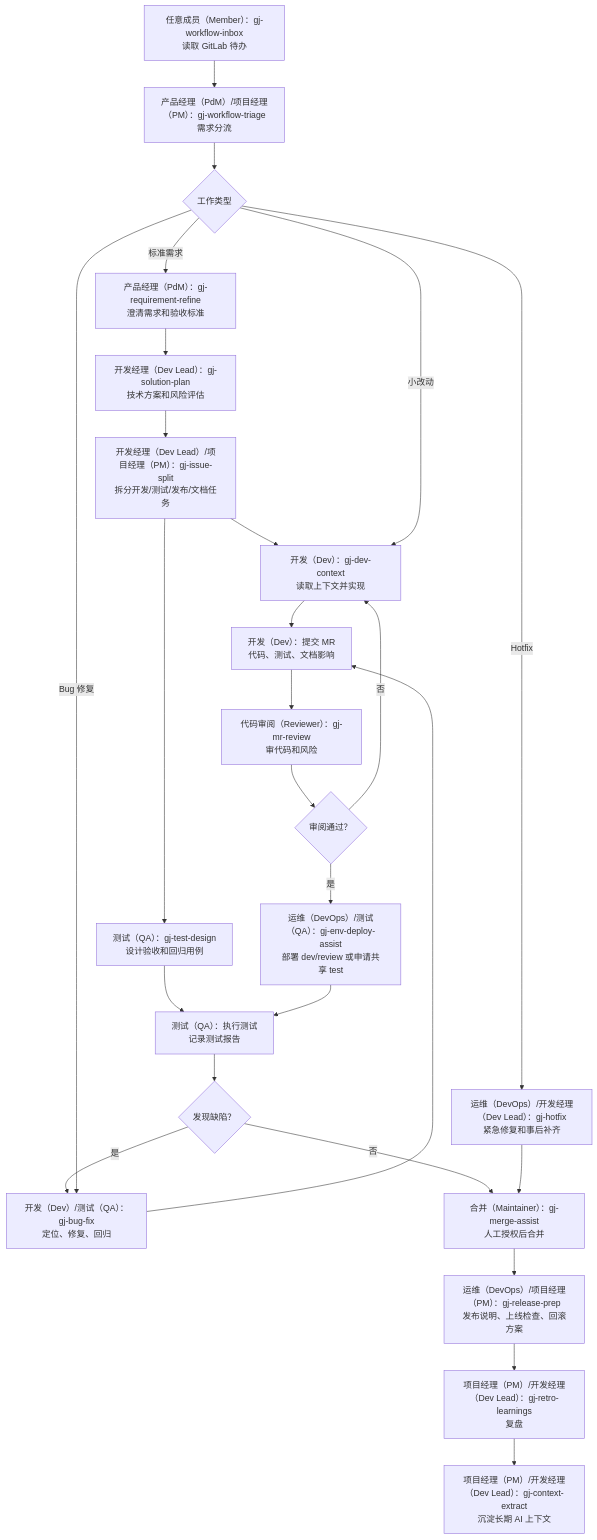
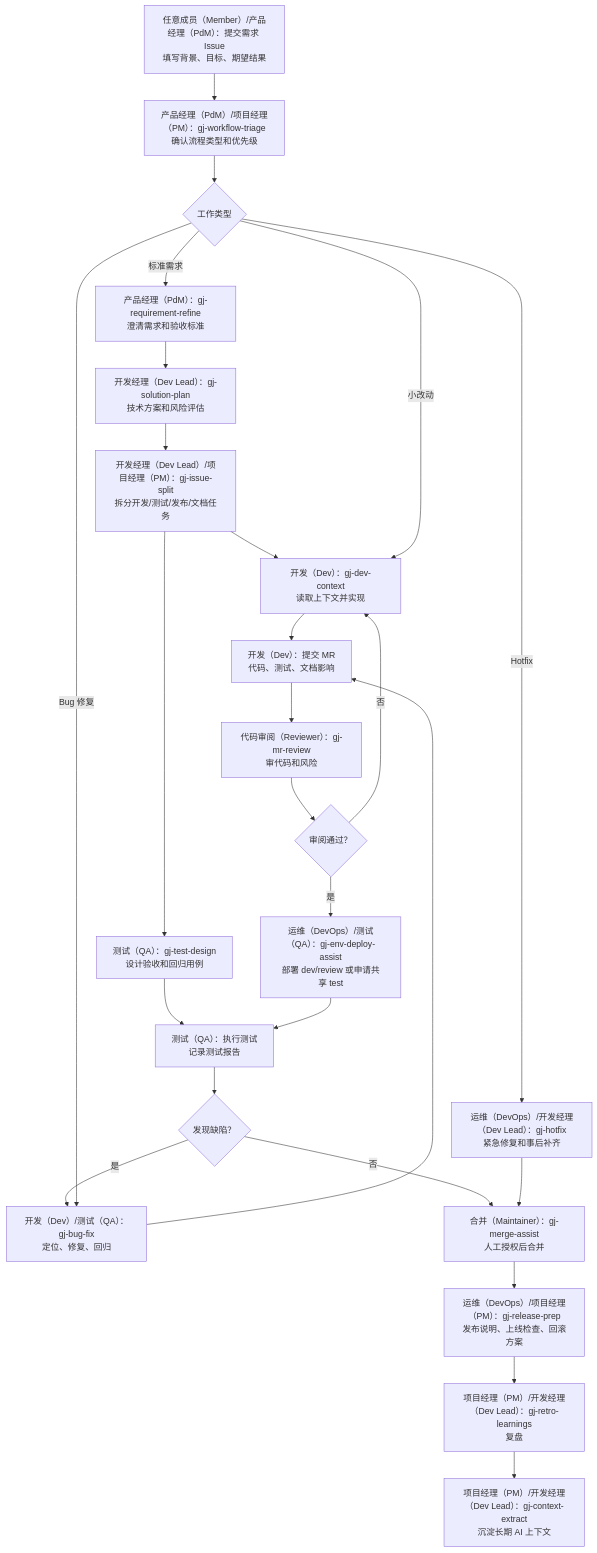
The diagram in README.md (TheLastMagician/gj-gitlab-ai-workflow), drawn with Mermaid before and after one commit. The commit also changed other lines of this file, not shown here.

````diff
--- a/README.md
+++ b/README.md
@@ -97,31 +98,31 @@
 ```mermaid
 flowchart TD
-  A["任意成员（Member）：gj-workflow-inbox<br/>读取 GitLab 待办"] --> B["产品经理（PdM）/项目经理（PM）：gj-workflow-triage<br/>需求分流"]
+  A["任意成员（Member）/产品经理（PdM）：提交需求 Issue<br/>填写背景、目标、期望结果"] --> B["产品经理（PdM）/项目经理（PM）：gj-workflow-triage<br/>确认流程类型和优先级"]
   B --> C{"工作类型"}
 
   C -- "标准需求" --> D["产品经理（PdM）：gj-requirement-refine<br/>澄清需求和验收标准"]
   D --> E["开发经理（Dev Lead）：gj-solution-plan<br/>技术方案和风险评估"]
   E --> F["开发经理（Dev Lead）/项目经理（PM）：gj-issue-split<br/>拆分开发/测试/发布/文档任务"]
 
   F --> G["开发（Dev）：gj-dev-context<br/>读取上下文并实现"]
   F --> H["测试（QA）：gj-test-design<br/>设计验收和回归用例"]
   G --> I["开发（Dev）：提交 MR<br/>代码、测试、文档影响"]
   I --> J["代码审阅（Reviewer）：gj-mr-review<br/>审代码和风险"]
   J --> K{"审阅通过？"}
   K -- "否" --> G
   K -- "是" --> L["运维（DevOps）/测试（QA）：gj-env-deploy-assist<br/>部署 dev/review 或申请共享 test"]
   H --> M["测试（QA）：执行测试<br/>记录测试报告"]
   L --> M
   M --> N{"发现缺陷？"}
   N -- "是" --> O["开发（Dev）/测试（QA）：gj-bug-fix<br/>定位、修复、回归"]
   O --> I
   N -- "否" --> P["合并（Maintainer）：gj-merge-assist<br/>人工授权后合并"]
   P --> Q["运维（DevOps）/项目经理（PM）：gj-release-prep<br/>发布说明、上线检查、回滚方案"]
   Q --> R["项目经理（PM）/开发经理（Dev Lead）：gj-retro-learnings<br/>复盘"]
   R --> S["项目经理（PM）/开发经理（Dev Lead）：gj-context-extract<br/>沉淀长期 AI 上下文"]
 
   C -- "小改动" --> G
   C -- "Bug 修复" --> O
   C -- "Hotfix" --> T["运维（DevOps）/开发经理（Dev Lead）：gj-hotfix<br/>紧急修复和事后补齐"]
   T --> P
 ```
````
